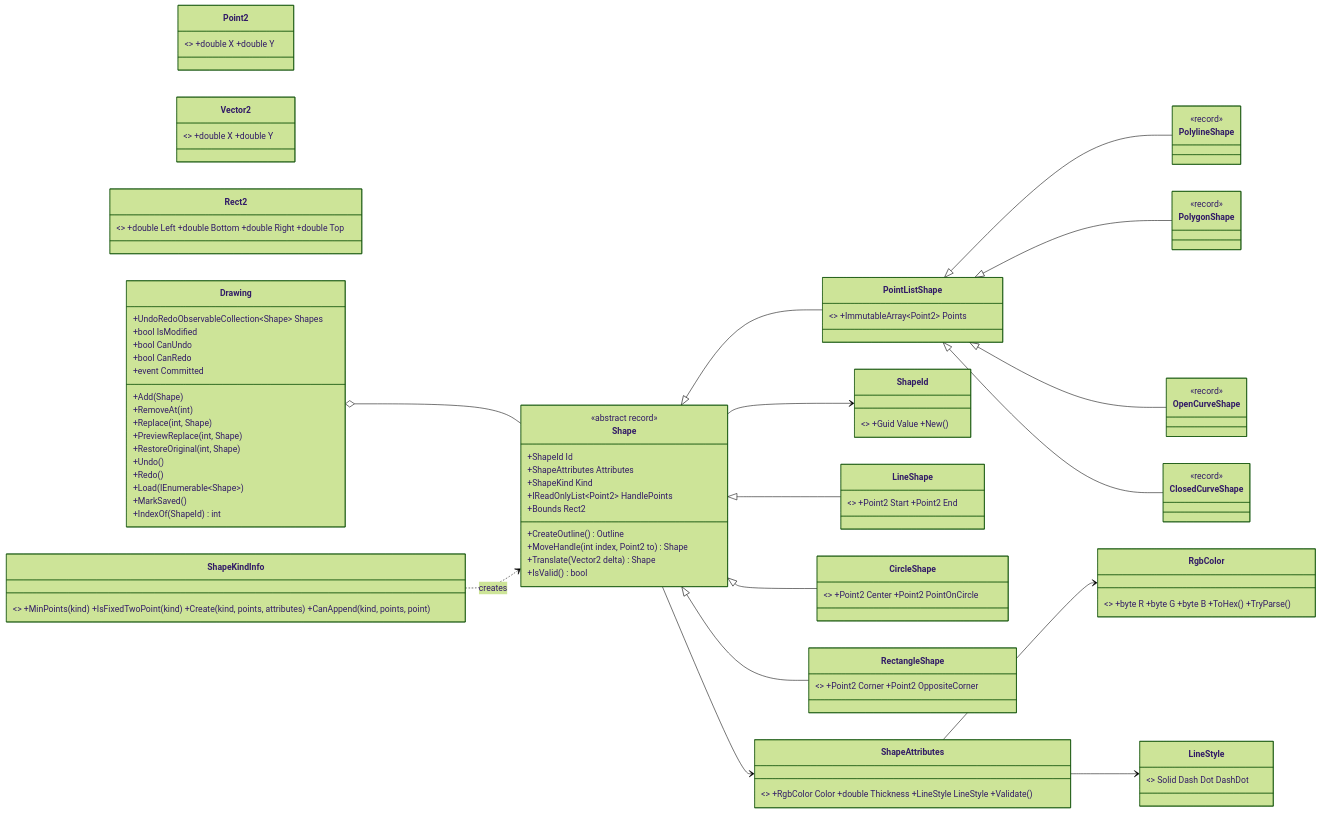
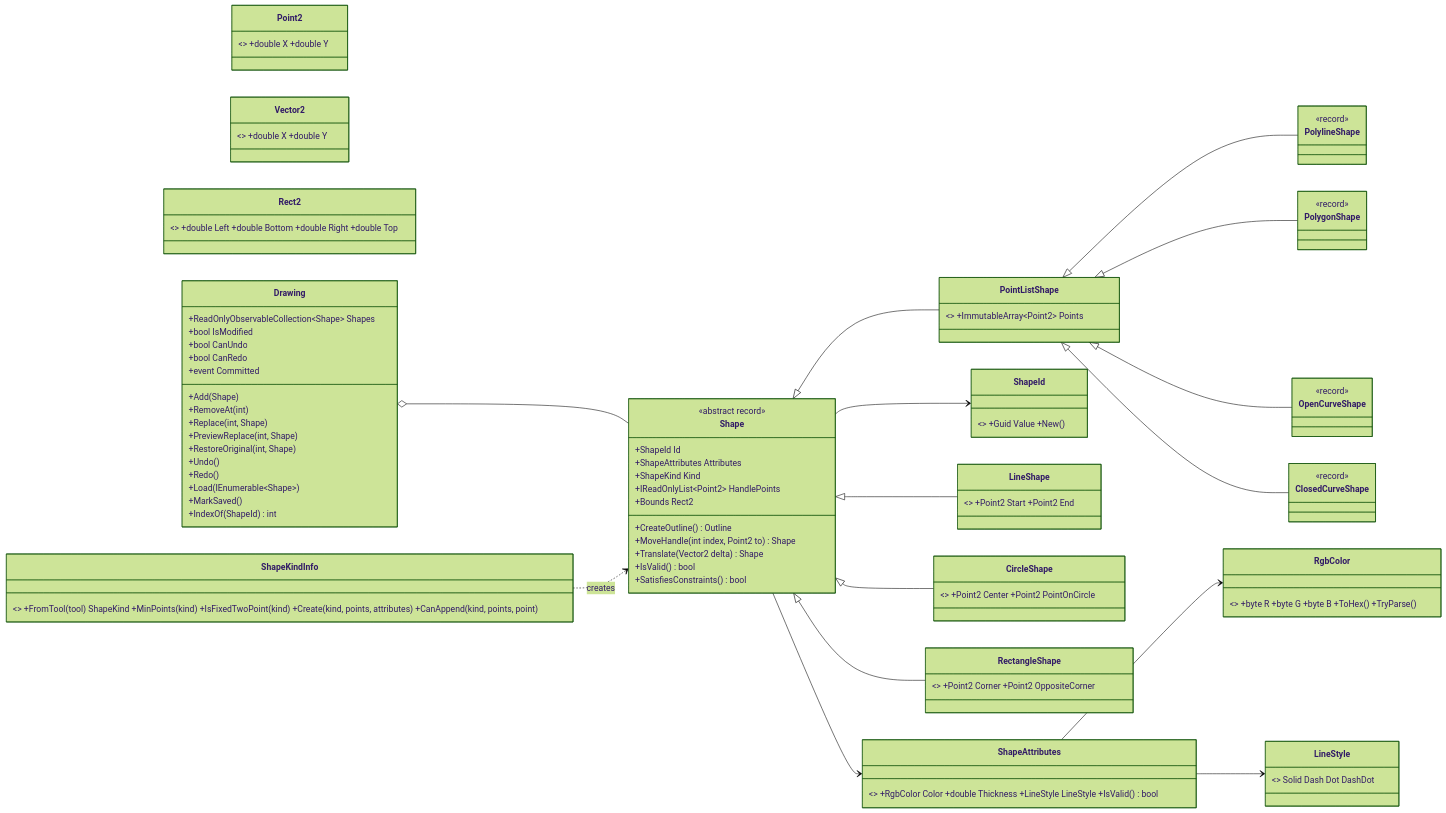
The second of 11 diagrams in Documents/20261105-cad-architecture.md (Fujiwo/Shos.WpfCadSample), drawn with Mermaid (forest theme) before and after one commit. The commit also changed other lines of this file and 2 other files, not shown here.

First line of the commit message:
Update CAD progress and architecture review documentation

````diff
--- a/Documents/20261105-cad-architecture.md
+++ b/Documents/20261105-cad-architecture.md
@@ -135,63 +136,64 @@
 ```mermaid
 classDiagram
     direction LR
     class Point2 { <<readonly record struct>> +double X +double Y }
     class Vector2 { <<readonly record struct>> +double X +double Y }
     class Rect2 { <<readonly record struct>> +double Left +double Bottom +double Right +double Top }
     class RgbColor { <<readonly record struct>> +byte R +byte G +byte B +ToHex() +TryParse() }
     class LineStyle { <<enum>> Solid Dash Dot DashDot }
-    class ShapeAttributes { <<record>> +RgbColor Color +double Thickness +LineStyle LineStyle +Validate() }
+    class ShapeAttributes { <<record>> +RgbColor Color +double Thickness +LineStyle LineStyle +IsValid() bool }
     class ShapeId { <<readonly record struct>> +Guid Value +New() }
     class Shape {
         <<abstract record>>
         +ShapeId Id
         +ShapeAttributes Attributes
         +ShapeKind Kind
         +IReadOnlyList~Point2~ HandlePoints
         +CreateOutline() Outline
         +MoveHandle(int index, Point2 to) Shape
         +Translate(Vector2 delta) Shape
         +IsValid() bool
+        +SatisfiesConstraints() bool
         +Bounds Rect2
     }
     class LineShape { <<record>> +Point2 Start +Point2 End }
     class CircleShape { <<record>> +Point2 Center +Point2 PointOnCircle }
     class RectangleShape { <<record>> +Point2 Corner +Point2 OppositeCorner }
     class PointListShape { <<abstract record>> +ImmutableArray~Point2~ Points }
     class PolylineShape { <<record>> }
     class PolygonShape { <<record>> }
     class OpenCurveShape { <<record>> }
     class ClosedCurveShape { <<record>> }
     class Drawing {
-        +UndoRedoObservableCollection~Shape~ Shapes
+        +ReadOnlyObservableCollection~Shape~ Shapes
         +bool IsModified
         +bool CanUndo
         +bool CanRedo
         +event Committed
         +Add(Shape)
         +RemoveAt(int)
         +Replace(int, Shape)
         +PreviewReplace(int, Shape)
         +RestoreOriginal(int, Shape)
         +Undo()
         +Redo()
         +Load(IEnumerable~Shape~)
         +MarkSaved()
         +IndexOf(ShapeId) int
     }
-    class ShapeKindInfo { <<static>> +MinPoints(kind) +IsFixedTwoPoint(kind) +Create(kind, points, attributes) +CanAppend(kind, points, point) }
+    class ShapeKindInfo { <<static>> +FromTool(tool) ShapeKind +MinPoints(kind) +IsFixedTwoPoint(kind) +Create(kind, points, attributes) +CanAppend(kind, points, point) }
     Shape <|-- LineShape
     Shape <|-- CircleShape
     Shape <|-- RectangleShape
     Shape <|-- PointListShape
     PointListShape <|-- PolylineShape
     PointListShape <|-- PolygonShape
     PointListShape <|-- OpenCurveShape
     PointListShape <|-- ClosedCurveShape
     Shape --> ShapeAttributes
     Shape --> ShapeId
     ShapeAttributes --> RgbColor
     ShapeAttributes --> LineStyle
     Drawing o-- Shape
     ShapeKindInfo ..> Shape : creates
 ```
````
